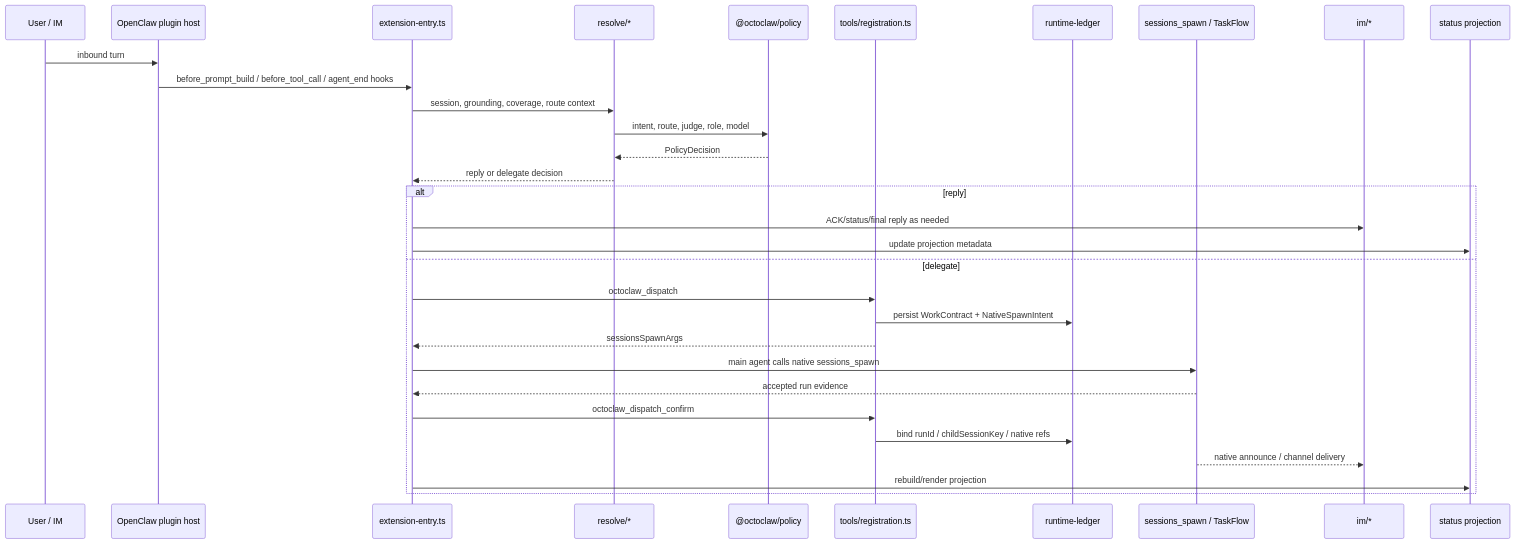
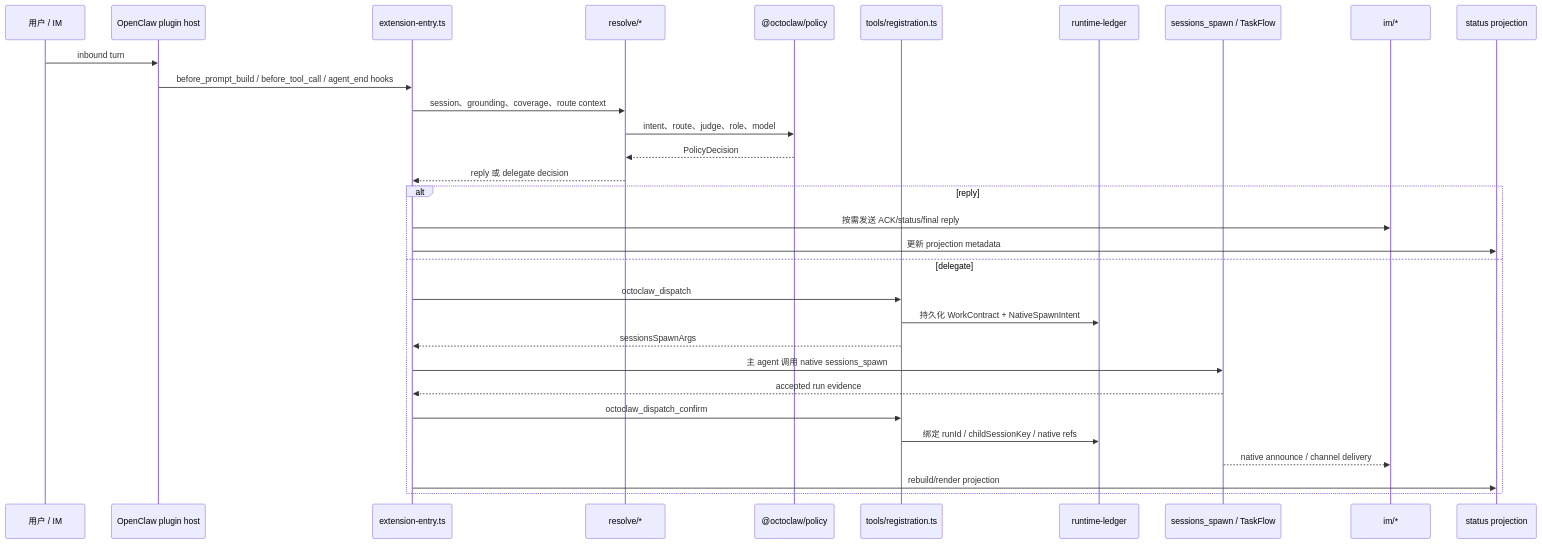
One commit to guanbear/OctoClaw changed the third of 5 diagrams in docs/octoclaw-architecture-map-2026-05-09.md. Above: the diagram before and after it, drawn with Mermaid. The commit also changed other lines of this file and 3 other files, not shown here.

````diff
--- a/docs/octoclaw-architecture-map-2026-05-09.md
+++ b/docs/octoclaw-architecture-map-2026-05-09.md
@@ -153,35 +152,35 @@
 ```mermaid
 sequenceDiagram
-  participant User as User / IM
+  participant User as 用户 / IM
   participant Host as OpenClaw plugin host
   participant Entry as extension-entry.ts
   participant Resolve as resolve/*
   participant Policy as @octoclaw/policy
   participant Tools as tools/registration.ts
   participant Ledger as runtime-ledger
   participant Native as sessions_spawn / TaskFlow
   participant IM as im/*
   participant Status as status projection
 
   User->>Host: inbound turn
   Host->>Entry: before_prompt_build / before_tool_call / agent_end hooks
-  Entry->>Resolve: session, grounding, coverage, route context
-  Resolve->>Policy: intent, route, judge, role, model
+  Entry->>Resolve: session、grounding、coverage、route context
+  Resolve->>Policy: intent、route、judge、role、model
   Policy-->>Resolve: PolicyDecision
-  Resolve-->>Entry: reply or delegate decision
+  Resolve-->>Entry: reply 或 delegate decision
 
   alt reply
-    Entry->>IM: ACK/status/final reply as needed
-    Entry->>Status: update projection metadata
+    Entry->>IM: 按需发送 ACK/status/final reply
+    Entry->>Status: 更新 projection metadata
   else delegate
     Entry->>Tools: octoclaw_dispatch
-    Tools->>Ledger: persist WorkContract + NativeSpawnIntent
+    Tools->>Ledger: 持久化 WorkContract + NativeSpawnIntent
     Tools-->>Entry: sessionsSpawnArgs
-    Entry->>Native: main agent calls native sessions_spawn
+    Entry->>Native: 主 agent 调用 native sessions_spawn
     Native-->>Entry: accepted run evidence
     Entry->>Tools: octoclaw_dispatch_confirm
-    Tools->>Ledger: bind runId / childSessionKey / native refs
+    Tools->>Ledger: 绑定 runId / childSessionKey / native refs
     Native-->>IM: native announce / channel delivery
     Entry->>Status: rebuild/render projection
   end
 ```
````
